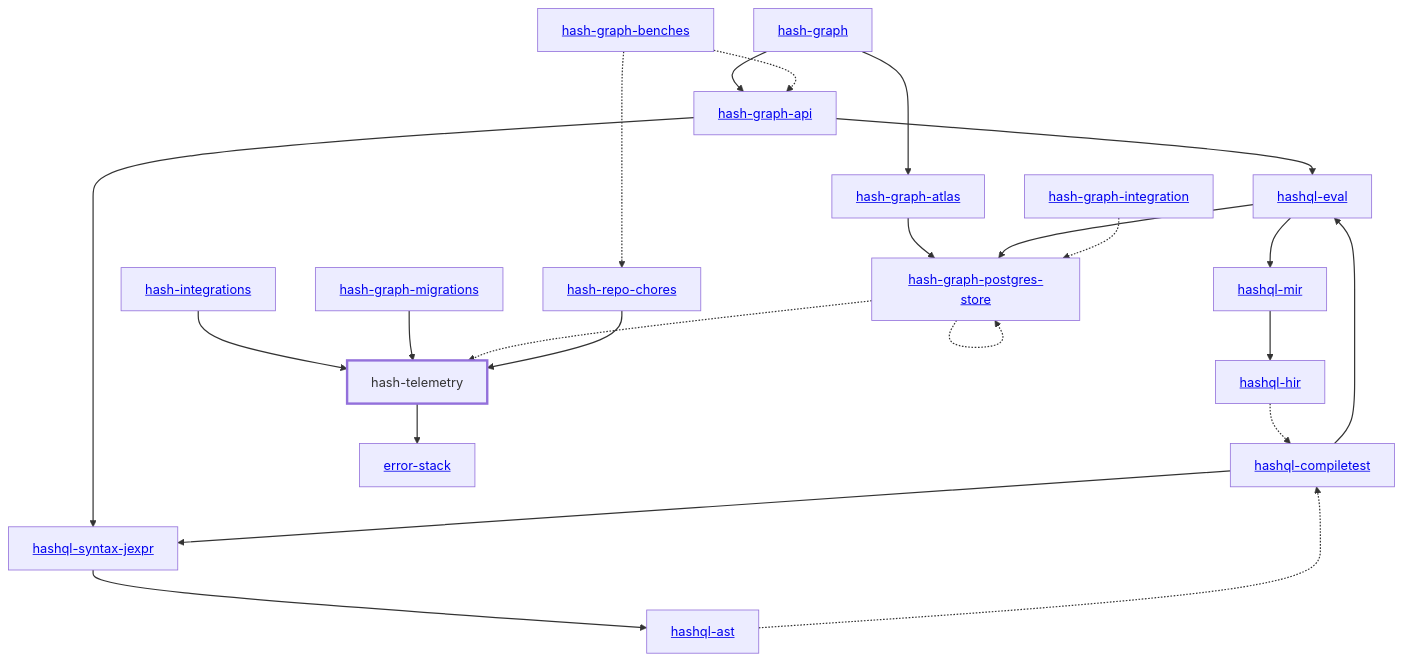
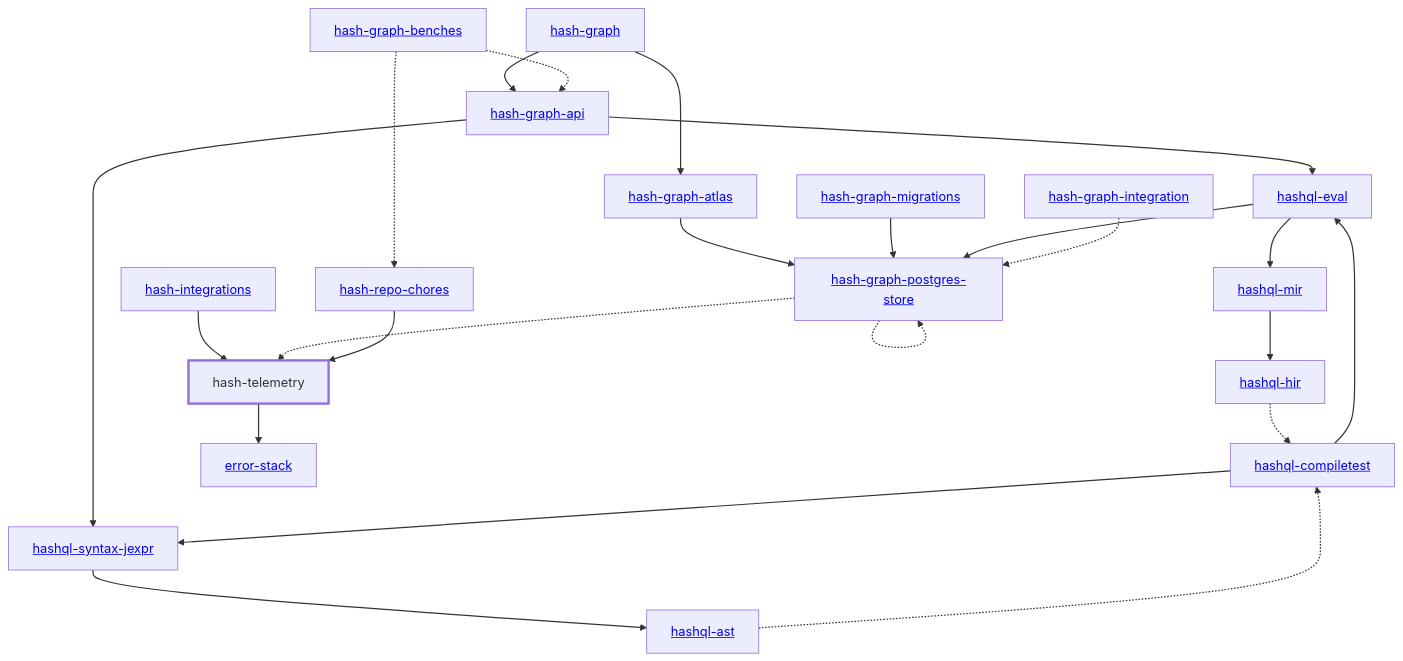
The diagram in libs/@local/telemetry/docs/dependency-diagram.mmd (hashintel/hash), drawn with Mermaid before and after one commit. The commit also changed 23 other files, not shown here.

```diff
--- a/libs/@local/telemetry/docs/dependency-diagram.mmd
+++ b/libs/@local/telemetry/docs/dependency-diagram.mmd
@@ -1,50 +1,50 @@
 graph TD
     linkStyle default stroke-width:1.5px
     classDef default stroke-width:1px
     classDef root stroke-width:3px
     classDef dev stroke-width:1px
     classDef build stroke-width:1px
     %% Legend
     %% --> : Normal dependency
     %% -.-> : Dev dependency
     %% ---> : Build dependency
     0[<a href="../hash_graph/index.html">hash-graph</a>]
     1[<a href="../hash_integrations/index.html">hash-integrations</a>]
     2[<a href="../hash_graph_api/index.html">hash-graph-api</a>]
     3[<a href="../hash_graph_atlas/index.html">hash-graph-atlas</a>]
     4[<a href="../hash_graph_migrations/index.html">hash-graph-migrations</a>]
     5[<a href="../hash_graph_postgres_store/index.html">hash-graph-postgres-store</a>]
     6[<a href="../hashql_ast/index.html">hashql-ast</a>]
     7[<a href="../hashql_compiletest/index.html">hashql-compiletest</a>]
     8[<a href="../hashql_eval/index.html">hashql-eval</a>]
     9[<a href="../hashql_hir/index.html">hashql-hir</a>]
     10[<a href="../hashql_mir/index.html">hashql-mir</a>]
     11[<a href="../hashql_syntax_jexpr/index.html">hashql-syntax-jexpr</a>]
     12[<a href="../hash_repo_chores/index.html">hash-repo-chores</a>]
     13[hash-telemetry]
     class 13 root
     14[<a href="../error_stack/index.html">error-stack</a>]
     15[<a href="../hash_graph_benches/index.html">hash-graph-benches</a>]
     16[<a href="../hash_graph_integration/index.html">hash-graph-integration</a>]
     0 --> 2
     0 --> 3
     1 --> 13
     2 --> 8
     2 --> 11
     3 --> 5
-    4 --> 13
+    4 --> 5
     5 -.-> 5
     5 -.-> 13
     6 -.-> 7
     7 --> 8
     7 --> 11
     8 --> 5
     8 --> 10
     9 -.-> 7
     10 --> 9
     11 --> 6
     12 --> 13
     13 --> 14
     15 -.-> 2
     15 -.-> 12
     16 -.-> 5
```
